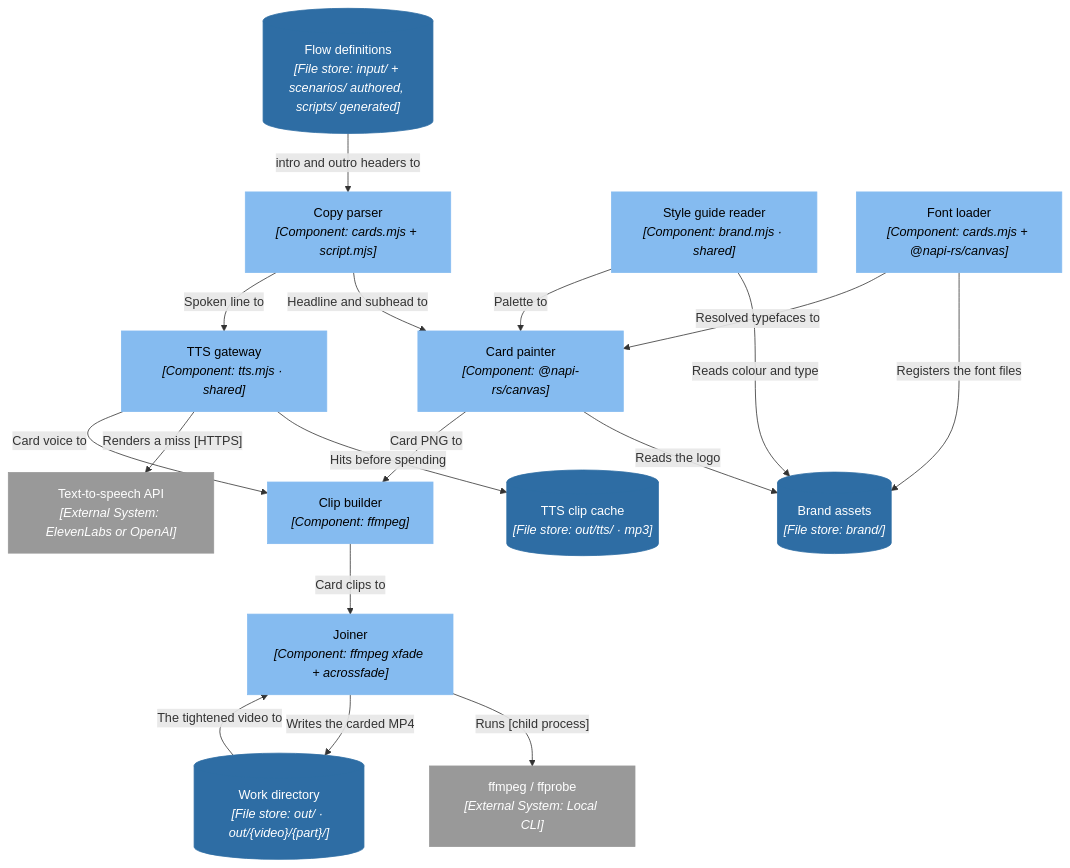
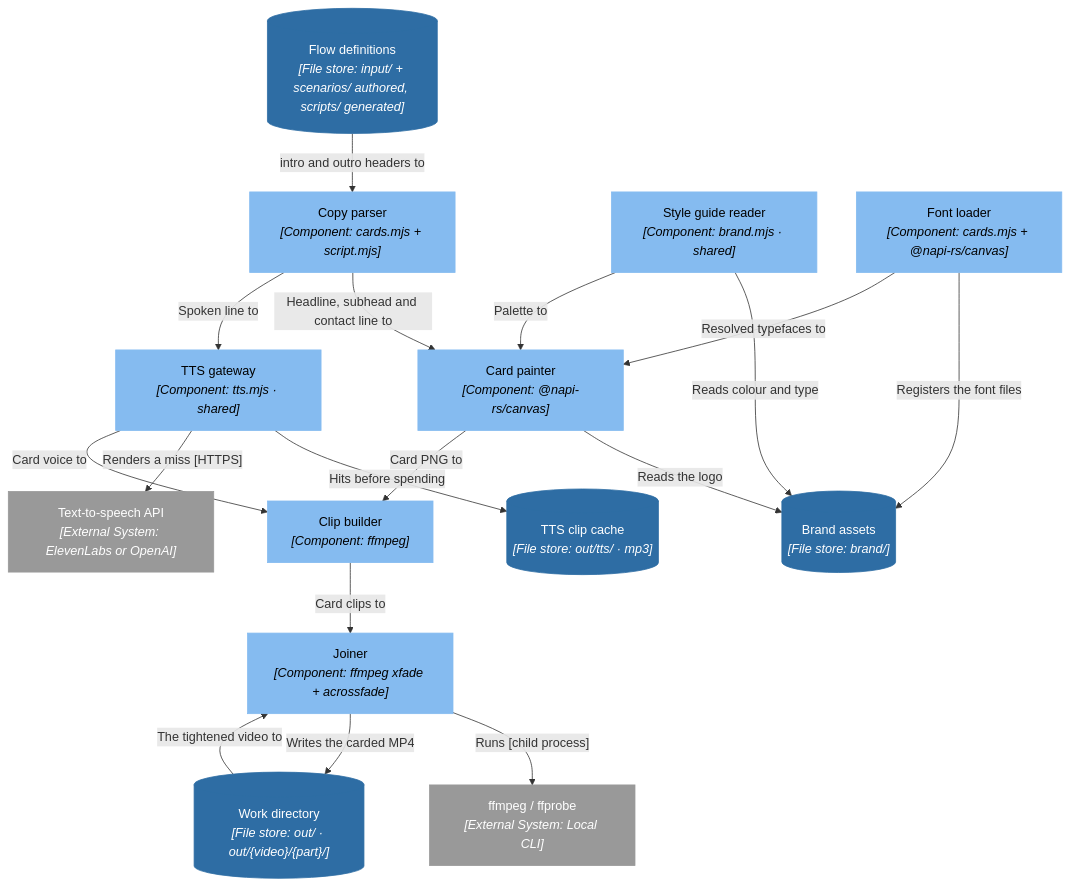
One commit to ssunduko/product-video changed diagram 11 of 15 in docs/C4.md. Above: the diagram before and after it, drawn with Mermaid. The commit also changed other lines of this file and 5 other files, not shown here.

First line of the commit message:
Add an optional contact line to intro/outro cards

````diff
--- a/docs/C4.md
+++ b/docs/C4.md
@@ -781,41 +781,41 @@
 ```mermaid
 flowchart TD
   n105["Copy parser<br/><i>[Component: cards.mjs + script.mjs]</i>"]
   n106["Style guide reader<br/><i>[Component: brand.mjs · shared]</i>"]
   n107["Font loader<br/><i>[Component: cards.mjs + @napi-rs/canvas]</i>"]
   n108["Card painter<br/><i>[Component: @napi-rs/canvas]</i>"]
   n109["TTS gateway<br/><i>[Component: tts.mjs · shared]</i>"]
   n110["Clip builder<br/><i>[Component: ffmpeg]</i>"]
   n111["Joiner<br/><i>[Component: ffmpeg xfade + acrossfade]</i>"]
   n24[("Flow definitions<br/><i>[File store: input/ + scenarios/ authored, scripts/ generated]</i>")]
   n26[("Brand assets<br/><i>[File store: brand/]</i>")]
   n28[("TTS clip cache<br/><i>[File store: out/tts/ · mp3]</i>")]
   n6["Text-to-speech API<br/><i>[External System: ElevenLabs or OpenAI]</i>"]
   n27[("Work directory<br/><i>[File store: out/ · out/{video}/{part}/]</i>")]
   n5["ffmpeg / ffprobe<br/><i>[External System: Local CLI]</i>"]
   n24 -->|"intro and outro headers to"| n105
   n106 -->|"Reads colour and type"| n26
   n107 -->|"Registers the font files"| n26
-  n105 -->|"Headline and subhead to"| n108
+  n105 -->|"Headline, subhead and contact line to"| n108
   n106 -->|"Palette to"| n108
   n107 -->|"Resolved typefaces to"| n108
   n108 -->|"Reads the logo"| n26
   n105 -->|"Spoken line to"| n109
   n109 -->|"Hits before spending"| n28
   n109 -->|"Renders a miss [HTTPS]"| n6
   n108 -->|"Card PNG to"| n110
   n109 -->|"Card voice to"| n110
   n110 -->|"Card clips to"| n111
   n27 -->|"The tightened video to"| n111
   n111 -->|"Runs [child process]"| n5
   n111 -->|"Writes the carded MP4"| n27
   classDef person fill:#08427b,stroke:#08427b,color:#ffffff;
   classDef system fill:#1168bd,stroke:#1168bd,color:#ffffff;
   classDef external fill:#999999,stroke:#999999,color:#ffffff;
   classDef container fill:#438dd5,stroke:#438dd5,color:#ffffff;
   classDef store fill:#2e6da4,stroke:#2e6da4,color:#ffffff;
   classDef component fill:#85bbf0,stroke:#85bbf0,color:#000000;
   class n6,n5 external;
   class n24,n26,n28,n27 store;
   class n105,n106,n107,n108,n109,n110,n111 component;
 ```
````
